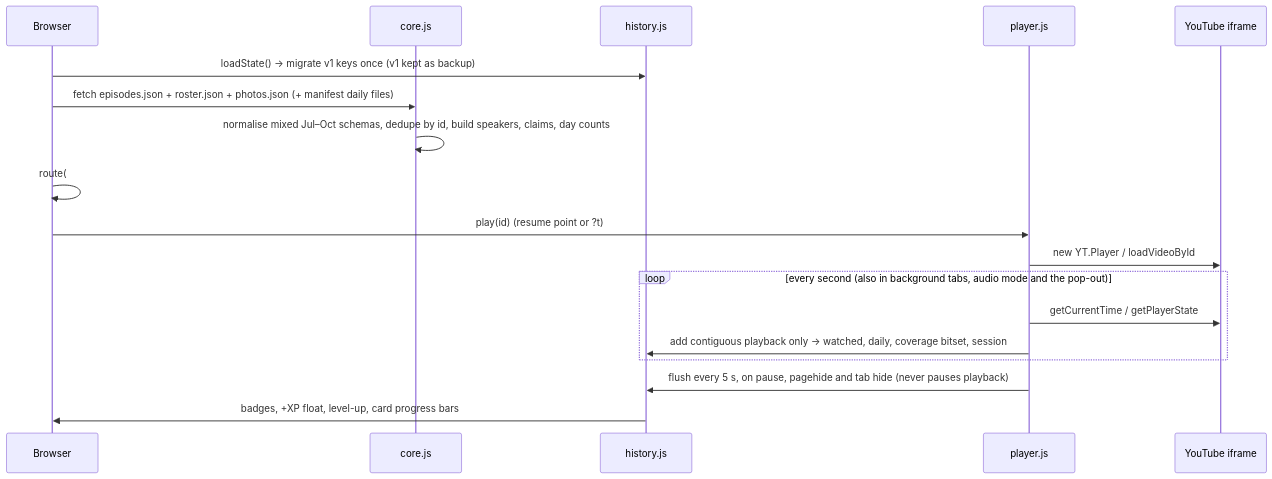
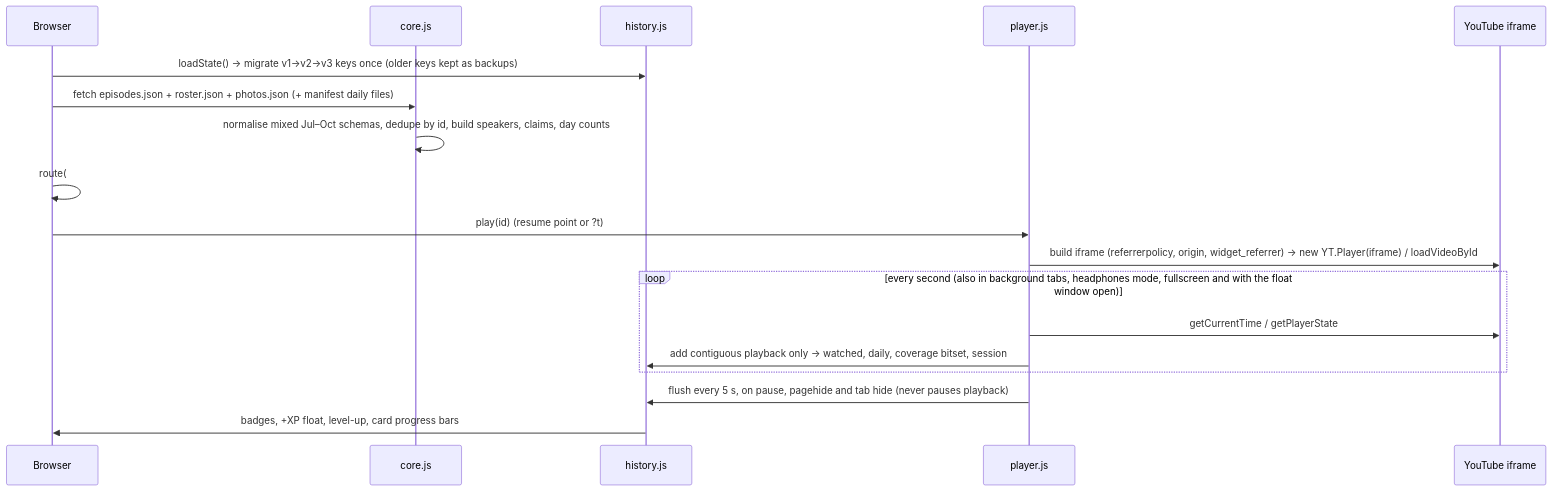
Before and after one commit to lo3elyon/ASI: the sixth of 7 diagrams in ai-safety-full-episodes/README.md, drawn with Mermaid. The commit also changed other lines of this file, not shown here.

````diff
--- a/ai-safety-full-episodes/README.md
+++ b/ai-safety-full-episodes/README.md
@@ -209,20 +298,20 @@
 ```mermaid
 sequenceDiagram
   participant B as Browser
   participant C as core.js
   participant H as history.js
   participant P as player.js
   participant Y as YouTube iframe
-  B->>H: loadState() → migrate v1 keys once (v1 kept as backup)
+  B->>H: loadState() → migrate v1→v2→v3 keys once (older keys kept as backups)
   B->>C: fetch episodes.json + roster.json + photos.json (+ manifest daily files)
   C->>C: normalise mixed Jul–Oct schemas, dedupe by id, build speakers, claims, day counts
   B->>B: route(#/home, #/browse?…, #/speaker/…, #ep=id&t=sec)
   B->>P: play(id) (resume point or ?t)
-  P->>Y: new YT.Player / loadVideoById
-  loop every second (also in background tabs, audio mode and the pop-out)
+  P->>Y: build iframe (referrerpolicy, origin, widget_referrer) → new YT.Player(iframe) / loadVideoById
+  loop every second (also in background tabs, headphones mode, fullscreen and with the float window open)
     P->>Y: getCurrentTime / getPlayerState
     P->>H: add contiguous playback only → watched, daily, coverage bitset, session
   end
   P->>H: flush every 5 s, on pause, pagehide and tab hide (never pauses playback)
   H->>B: badges, +XP float, level-up, card progress bars
 ```
````
